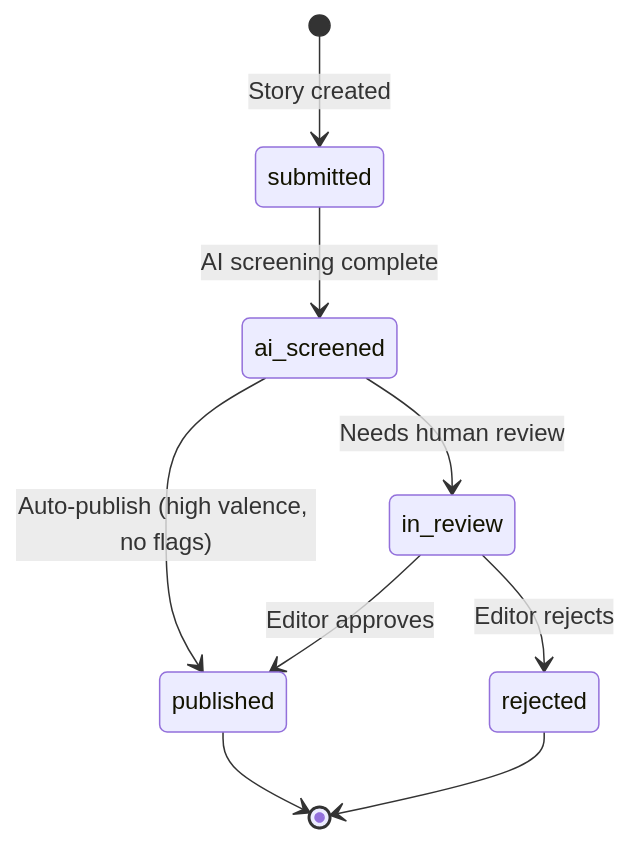
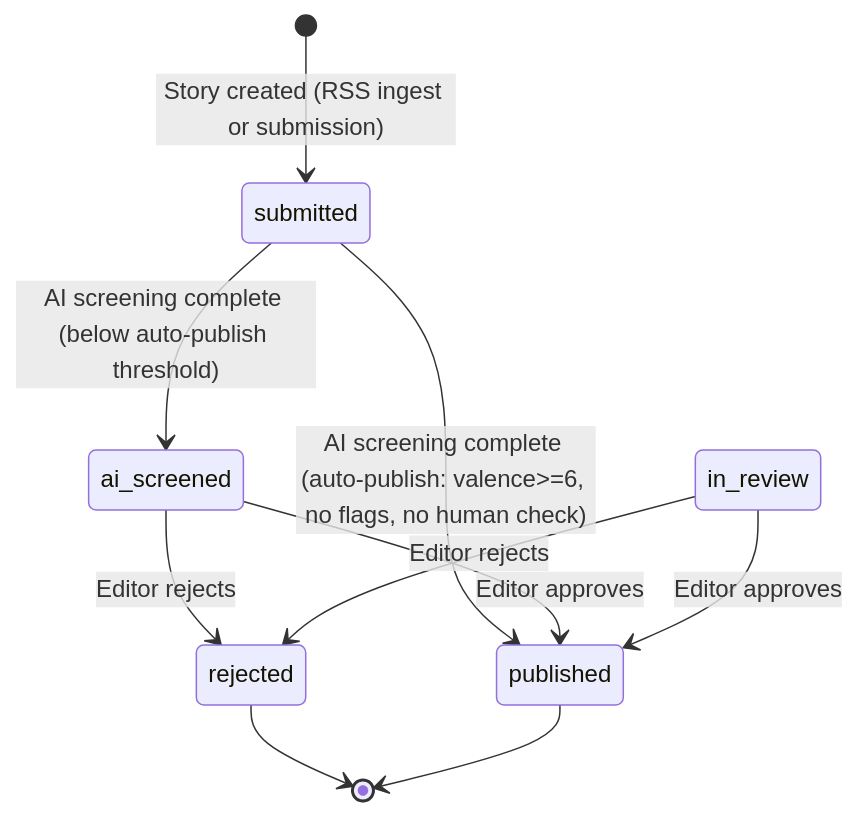
The third of 5 diagrams in docs/architecture.md (nxsh/dochas-times), drawn with Mermaid before and after one commit. The commit also changed other lines of this file and 18 other files, not shown here.

First line of the commit message:
Code review fixes, comprehensive test suite, updated docs and diagrams

````diff
--- a/docs/architecture.md
+++ b/docs/architecture.md
@@ -74,11 +59,12 @@
 ```mermaid
 stateDiagram-v2
-    [*] --> submitted: Story created
-    submitted --> ai_screened: AI screening complete
-    ai_screened --> published: Auto-publish (high valence, no flags)
-    ai_screened --> in_review: Needs human review
+    [*] --> submitted: Story created (RSS ingest or submission)
+    submitted --> ai_screened: AI screening complete (below auto-publish threshold)
+    submitted --> published: AI screening complete (auto-publish: valence>=6, no flags, no human check)
+    ai_screened --> published: Editor approves
+    ai_screened --> rejected: Editor rejects
     in_review --> published: Editor approves
     in_review --> rejected: Editor rejects
     rejected --> [*]
     published --> [*]
 ```
````
